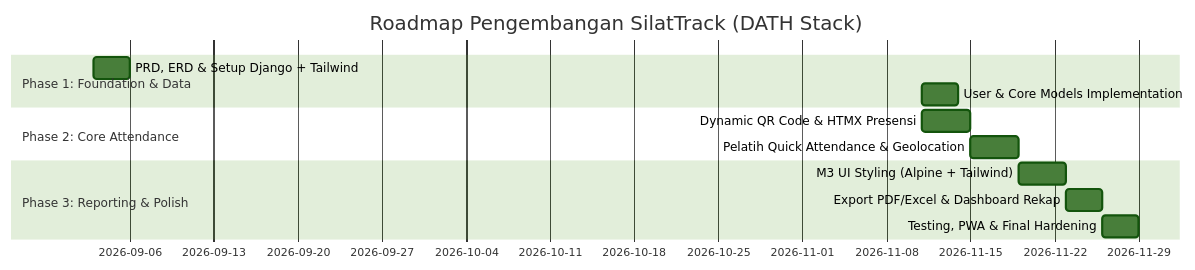
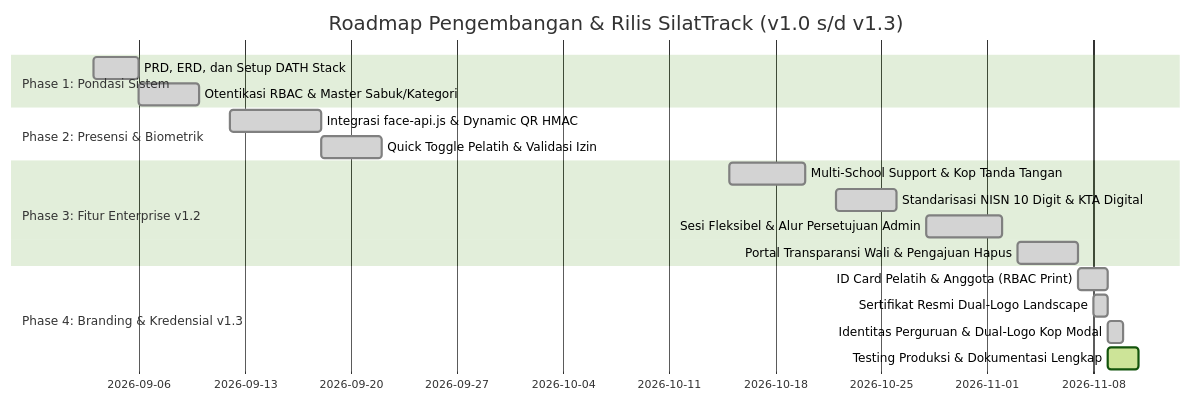
One commit to dzikri431/SilatTrack changed the diagram in docs/PRD.md. Above: the diagram before and after it, drawn with Mermaid (forest theme). The commit also changed other lines of this file and 41 other files, not shown here.

First line of the commit message:
feat: sidebar admin & pelatih, fitur permohonan akun, perbaikan template

````diff
--- a/docs/PRD.md
+++ b/docs/PRD.md
@@ -106,15 +136,21 @@
 ```mermaid
 gantt
-    title Roadmap Pengembangan SilatTrack (DATH Stack)
+    title Roadmap Pengembangan & Rilis SilatTrack (v1.0 s/d v1.3)
     dateFormat  YYYY-MM-DD
-    section Phase 1: Foundation & Data
-    PRD, ERD & Setup Django + Tailwind   :2026-09-03, 3d
-    User & Core Models Implementation    :after a1, 3d
-    section Phase 2: Core Attendance
-    Dynamic QR Code & HTMX Presensi      :after a2, 4d
-    Pelatih Quick Attendance & Geolocation: 4d
-    section Phase 3: Reporting & Polish
-    M3 UI Styling (Alpine + Tailwind)    :4d
-    Export PDF/Excel & Dashboard Rekap   :3d
-    Testing, PWA & Final Hardening       :3d
+    section Phase 1: Pondasi Sistem
+    PRD, ERD, dan Setup DATH Stack             :done, 2026-09-03, 3d
+    Otentikasi RBAC & Master Sabuk/Kategori     :done, 2026-09-06, 4d
+    section Phase 2: Presensi & Biometrik
+    Integrasi face-api.js & Dynamic QR HMAC     :done, 2026-09-12, 6d
+    Quick Toggle Pelatih & Validasi Izin        :done, 2026-09-18, 4d
+    section Phase 3: Fitur Enterprise v1.2
+    Multi-School Support & Kop Tanda Tangan     :done, 2026-10-15, 5d
+    Standarisasi NISN 10 Digit & KTA Digital    :done, 2026-10-22, 4d
+    Sesi Fleksibel & Alur Persetujuan Admin     :done, 2026-10-28, 5d
+    Portal Transparansi Wali & Pengajuan Hapus  :done, 2026-11-03, 4d
+    section Phase 4: Branding & Kredensial v1.3
+    ID Card Pelatih & Anggota (RBAC Print)      :done, 2026-11-07, 2d
+    Sertifikat Resmi Dual-Logo Landscape        :done, 2026-11-08, 1d
+    Identitas Perguruan & Dual-Logo Kop Modal   :done, 2026-11-09, 1d
+    Testing Produksi & Dokumentasi Lengkap      :active, 2026-11-09, 2d
 ```
````
